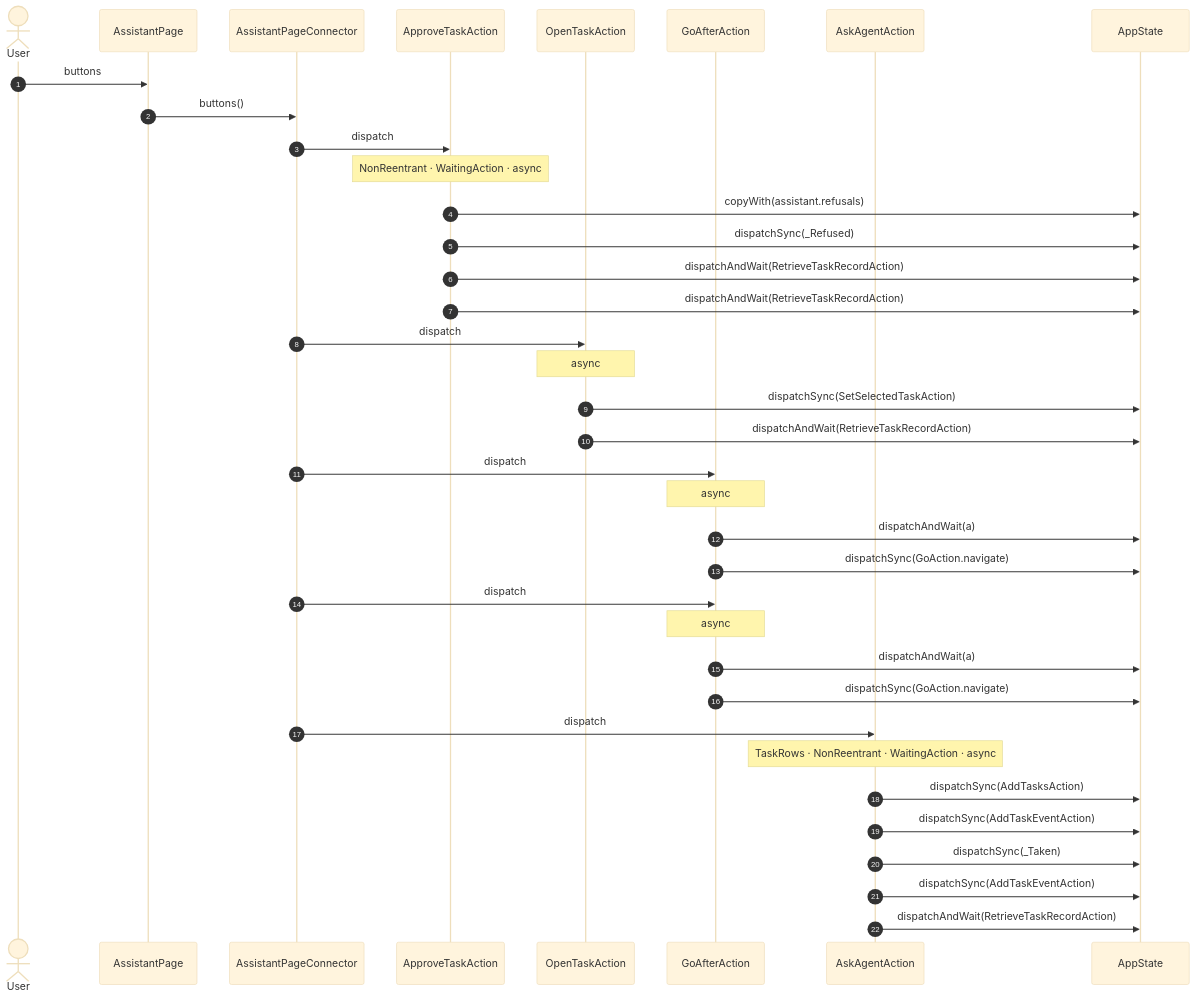
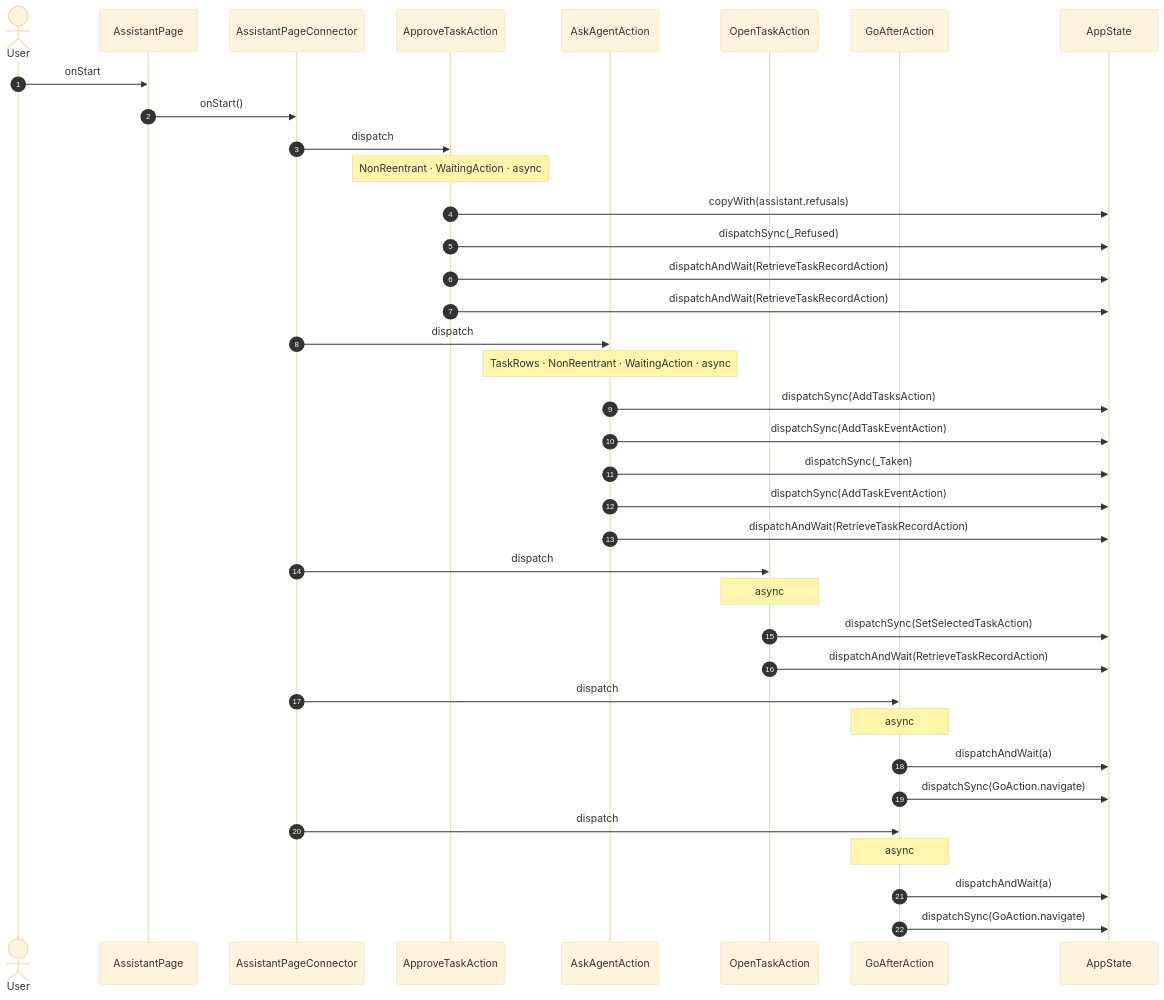
Before and after one commit to gencto/wyrm: the seventh of 23 diagrams in studio/docs/flows/assistant.md, drawn with Mermaid (base theme). The commit also changed other lines of this file and 19 other files, not shown here.

````diff
--- a/studio/docs/flows/assistant.md
+++ b/studio/docs/flows/assistant.md
@@ -118,40 +118,40 @@
 ```mermaid
 sequenceDiagram
     autonumber
     actor User
     participant UI as AssistantPage
     participant VM as AssistantPageConnector
     participant A1 as ApproveTaskAction
-    participant A2 as OpenTaskAction
-    participant A3 as GoAfterAction
-    participant A4 as AskAgentAction
+    participant A2 as AskAgentAction
+    participant A3 as OpenTaskAction
+    participant A4 as GoAfterAction
     participant ST as AppState
 
-    User->>UI: buttons
-    UI->>VM: buttons()
+    User->>UI: onStart
+    UI->>VM: onStart()
     VM->>A1: dispatch
     Note over A1: NonReentrant · WaitingAction · async
     A1->>ST: copyWith(assistant.refusals)
     A1->>ST: dispatchSync(_Refused)
     A1->>ST: dispatchAndWait(RetrieveTaskRecordAction)
     A1->>ST: dispatchAndWait(RetrieveTaskRecordAction)
     VM->>A2: dispatch
-    Note over A2: async
-    A2->>ST: dispatchSync(SetSelectedTaskAction)
+    Note over A2: TaskRows · NonReentrant · WaitingAction · async
+    A2->>ST: dispatchSync(AddTasksAction)
+    A2->>ST: dispatchSync(AddTaskEventAction)
+    A2->>ST: dispatchSync(_Taken)
+    A2->>ST: dispatchSync(AddTaskEventAction)
     A2->>ST: dispatchAndWait(RetrieveTaskRecordAction)
     VM->>A3: dispatch
     Note over A3: async
-    A3->>ST: dispatchAndWait(a)
-    A3->>ST: dispatchSync(GoAction.navigate)
-    VM->>A3: dispatch
-    Note over A3: async
-    A3->>ST: dispatchAndWait(a)
-    A3->>ST: dispatchSync(GoAction.navigate)
+    A3->>ST: dispatchSync(SetSelectedTaskAction)
+    A3->>ST: dispatchAndWait(RetrieveTaskRecordAction)
     VM->>A4: dispatch
-    Note over A4: TaskRows · NonReentrant · WaitingAction · async
-    A4->>ST: dispatchSync(AddTasksAction)
-    A4->>ST: dispatchSync(AddTaskEventAction)
-    A4->>ST: dispatchSync(_Taken)
-    A4->>ST: dispatchSync(AddTaskEventAction)
-    A4->>ST: dispatchAndWait(RetrieveTaskRecordAction)
+    Note over A4: async
+    A4->>ST: dispatchAndWait(a)
+    A4->>ST: dispatchSync(GoAction.navigate)
+    VM->>A4: dispatch
+    Note over A4: async
+    A4->>ST: dispatchAndWait(a)
+    A4->>ST: dispatchSync(GoAction.navigate)
 ```
````
